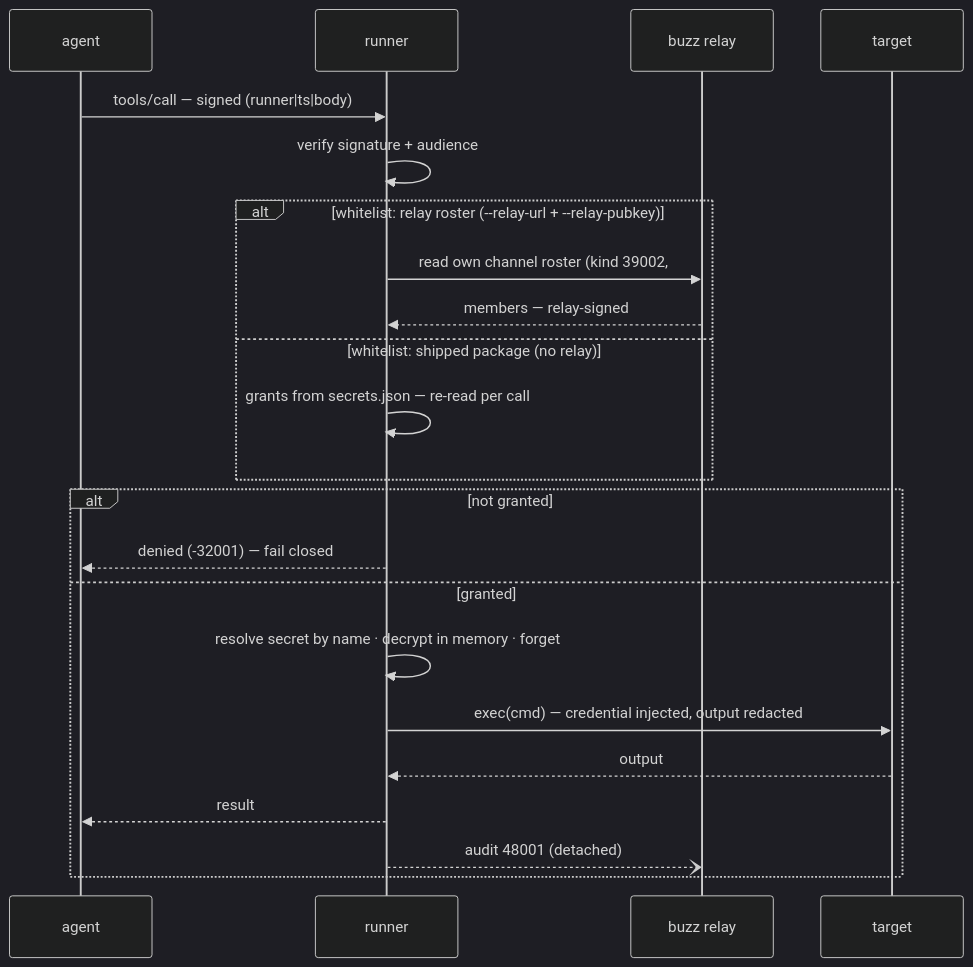
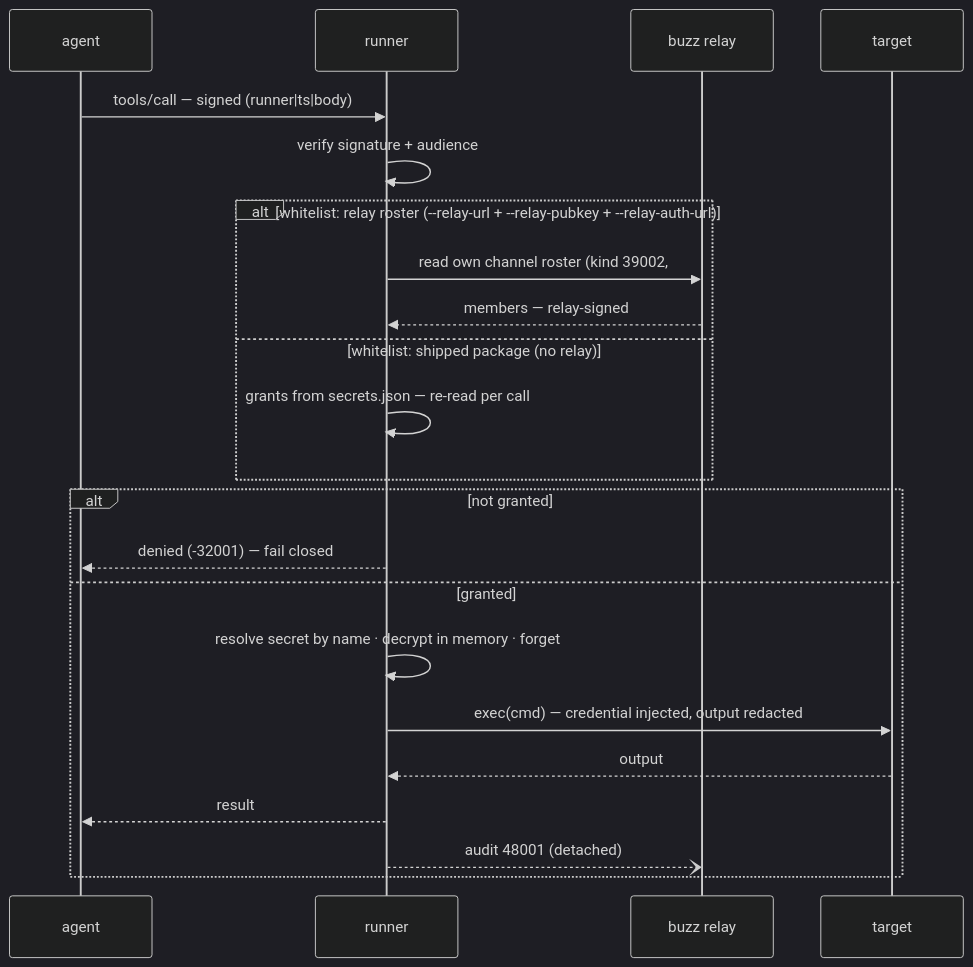
One commit to darcy/freehold changed the third of 3 diagrams in README.md. Above: the diagram before and after it, drawn with Mermaid (dark theme). The commit also changed other lines of this file, not shown here.

Commit message:
docs: README runner example gains --allow-remote / --relay-auth-url (review note)

````diff
--- a/README.md
+++ b/README.md
@@ -503,25 +505,25 @@
 ```mermaid
 sequenceDiagram
     participant AG as agent
     participant R as runner
     participant REL as buzz relay
     participant T as target
 
     AG->>R: tools/call — signed (runner|ts|body)
     R->>R: verify signature + audience
-    alt whitelist: relay roster (--relay-url + --relay-pubkey)
+    alt whitelist: relay roster (--relay-url + --relay-pubkey + --relay-auth-url)
         R->>REL: read own channel roster (kind 39002, #d)
         REL-->>R: members — relay-signed
     else whitelist: shipped package (no relay)
         R->>R: grants from secrets.json — re-read per call
     end
     alt not granted
         R-->>AG: denied (-32001) — fail closed
     else granted
         R->>R: resolve secret by name · decrypt in memory · forget
         R->>T: exec(cmd) — credential injected, output redacted
         T-->>R: output
         R-->>AG: result
         R--)REL: audit 48001 (detached)
     end
 ```
````
